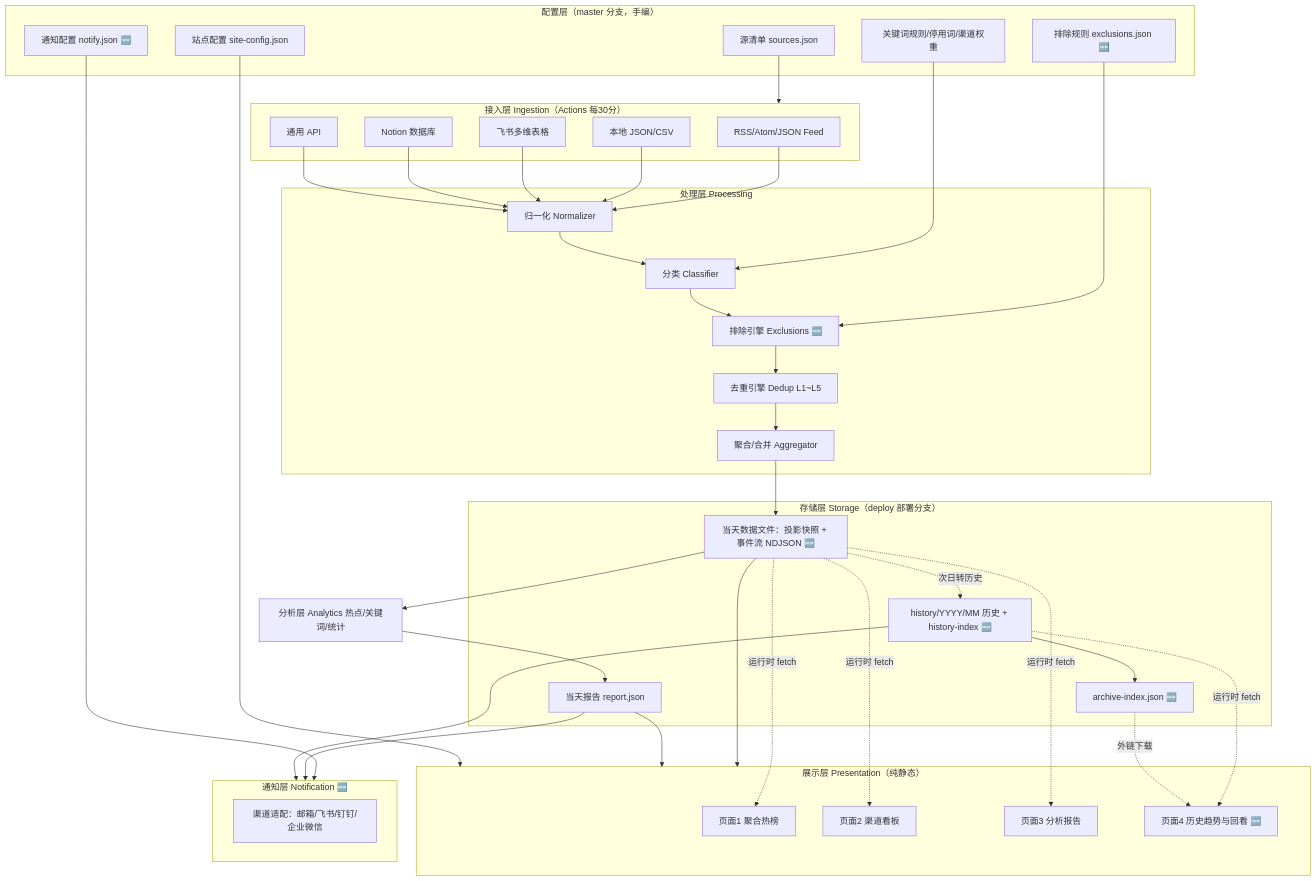
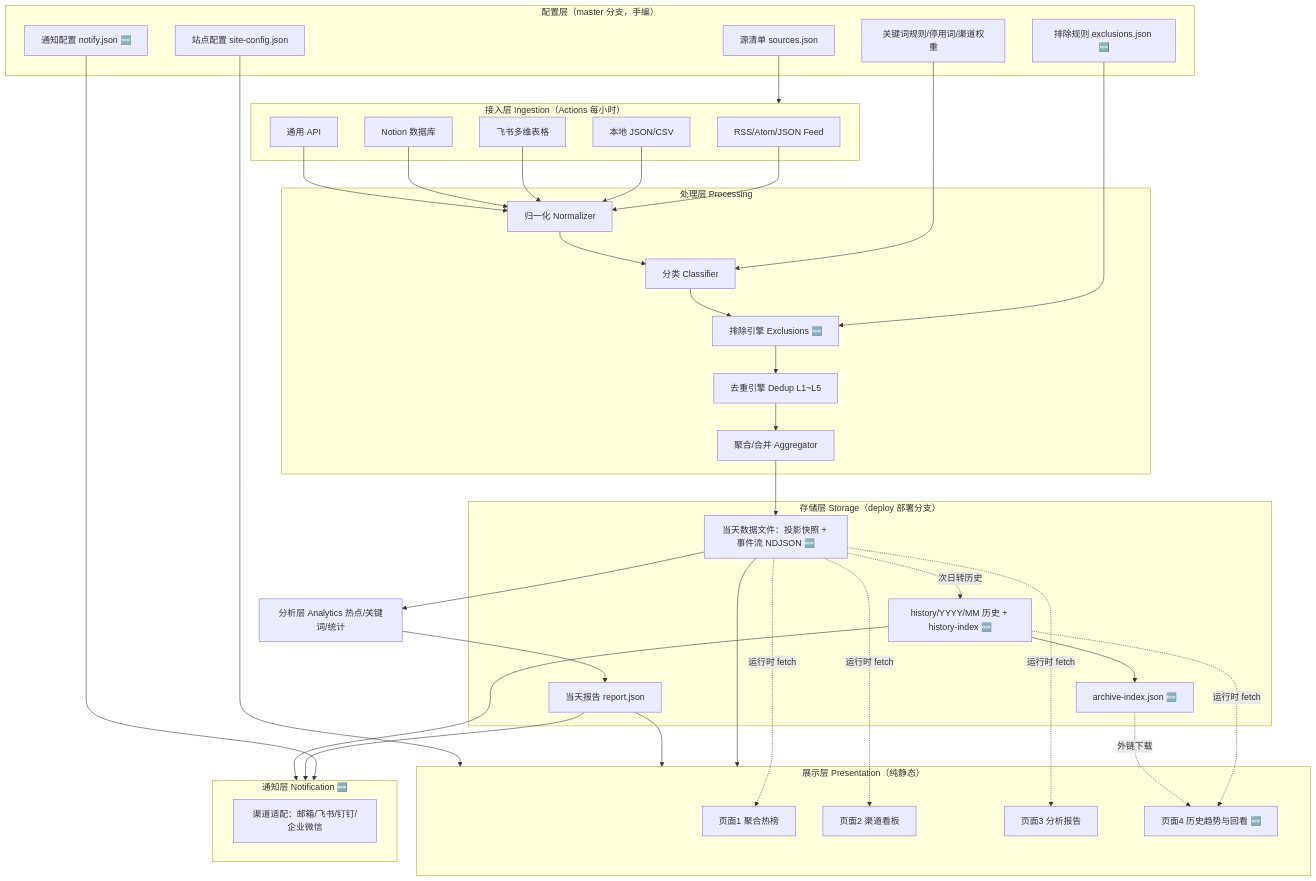
One commit to Shonee/rss-radar changed the first of 5 diagrams in docs/ARCHITECTURE.md. Above: the diagram before and after it, drawn with Mermaid. The commit also changed other lines of this file and 3 other files, not shown here.

````diff
--- a/docs/ARCHITECTURE.md
+++ b/docs/ARCHITECTURE.md
@@ -63,55 +63,55 @@
 ```mermaid
 flowchart TD
     subgraph CFG["配置层（master 分支，手编）"]
       SL[源清单 sources.json]
       SC[站点配置 site-config.json]
       KR[关键词规则/停用词/渠道权重]
       EX[排除规则 exclusions.json 🆕]
       NF[通知配置 notify.json 🆕]
     end
-    subgraph ING["接入层 Ingestion（Actions 每30分）"]
+    subgraph ING["接入层 Ingestion（Actions 每小时）"]
       C1[RSS/Atom/JSON Feed]
       C2[本地 JSON/CSV]
       C3[飞书多维表格]
       C4[Notion 数据库]
       C5[通用 API]
     end
     subgraph PROC["处理层 Processing"]
       N[归一化 Normalizer]
       CL[分类 Classifier]
       EXC[排除引擎 Exclusions 🆕]
       D[去重引擎 Dedup L1~L5]
       M[聚合/合并 Aggregator]
     end
     subgraph STG["存储层 Storage（deploy 部署分支）"]
       SN[当天数据文件：投影快照 + 事件流 NDJSON 🆕]
       RP[当天报告 report.json]
       HIS[history/YYYY/MM 历史 + history-index 🆕]
       AR[archive-index.json 🆕]
     end
     subgraph PRE["展示层 Presentation（纯静态）"]
       P1[页面1 聚合热榜]
       P2[页面2 渠道看板]
       P3[页面3 分析报告]
       P4[页面4 历史趋势与回看 🆕]
     end
     subgraph NTF["通知层 Notification 🆕"]
       NC[渠道适配：邮箱/飞书/钉钉/企业微信]
     end
     SL --> ING
     KR --> CL
     EX --> EXC
     NF --> NTF
     C1 & C2 & C3 & C4 & C5 --> N --> CL --> EXC --> D --> M
     M --> SN
     SN --> ANA[分析层 Analytics 热点/关键词/统计]
     ANA --> RP
     SN --> PRE
     RP --> PRE
     SC --> PRE
     RP & HIS --> NTF
     SN -.次日转历史.-> HIS --> AR
     SN -.运行时 fetch.-> P1 & P2 & P3
     HIS -.运行时 fetch.-> P4
     AR -.外链下载.-> P4
 ```
````
